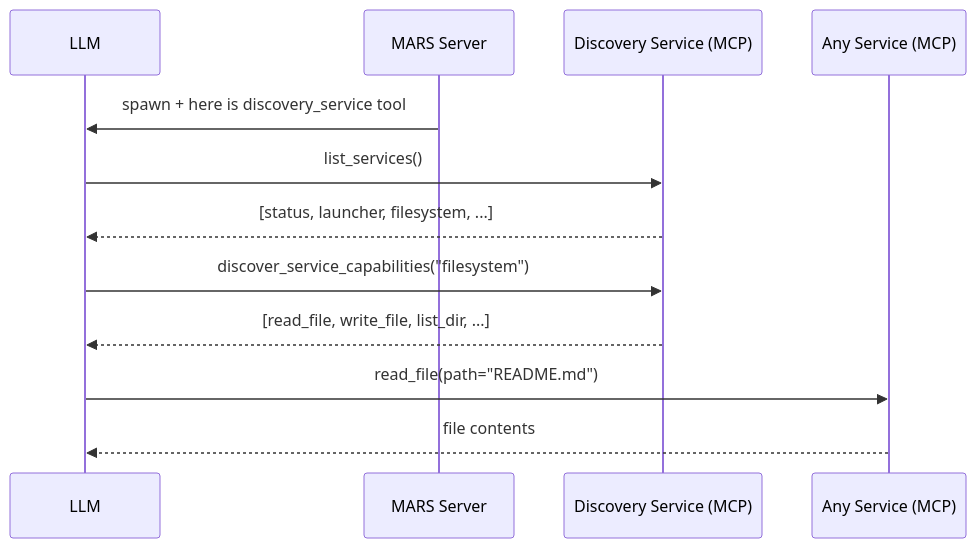
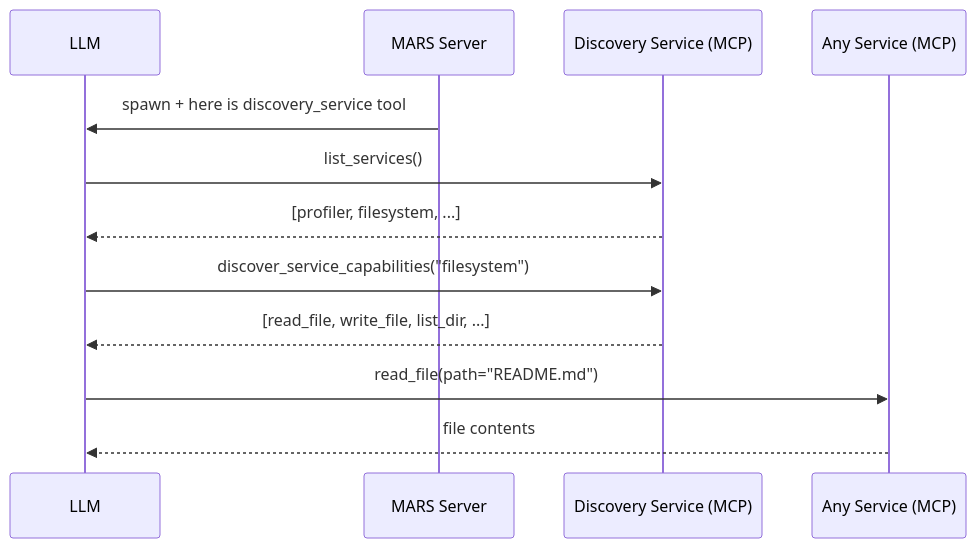
One commit to McNopper/MARS changed the second of 3 diagrams in README.md. Above: the diagram before and after it, drawn with Mermaid. The commit also changed other lines of this file, not shown here.

First line of the commit message:
docs: rewrite README to current status quo, add papers section

````diff
--- a/README.md
+++ b/README.md
@@ -67,15 +74,15 @@
 ```mermaid
 sequenceDiagram
     participant LLM
     participant Server as MARS Server
     participant Discovery as Discovery Service (MCP)
     participant Tool as Any Service (MCP)
 
     Server->>LLM: spawn + here is discovery_service tool
     LLM->>Discovery: list_services()
-    Discovery-->>LLM: [status, launcher, filesystem, ...]
+    Discovery-->>LLM: [profiler, filesystem, ...]
     LLM->>Discovery: discover_service_capabilities("filesystem")
     Discovery-->>LLM: [read_file, write_file, list_dir, ...]
     LLM->>Tool: read_file(path="README.md")
     Tool-->>LLM: file contents
 ```
````
